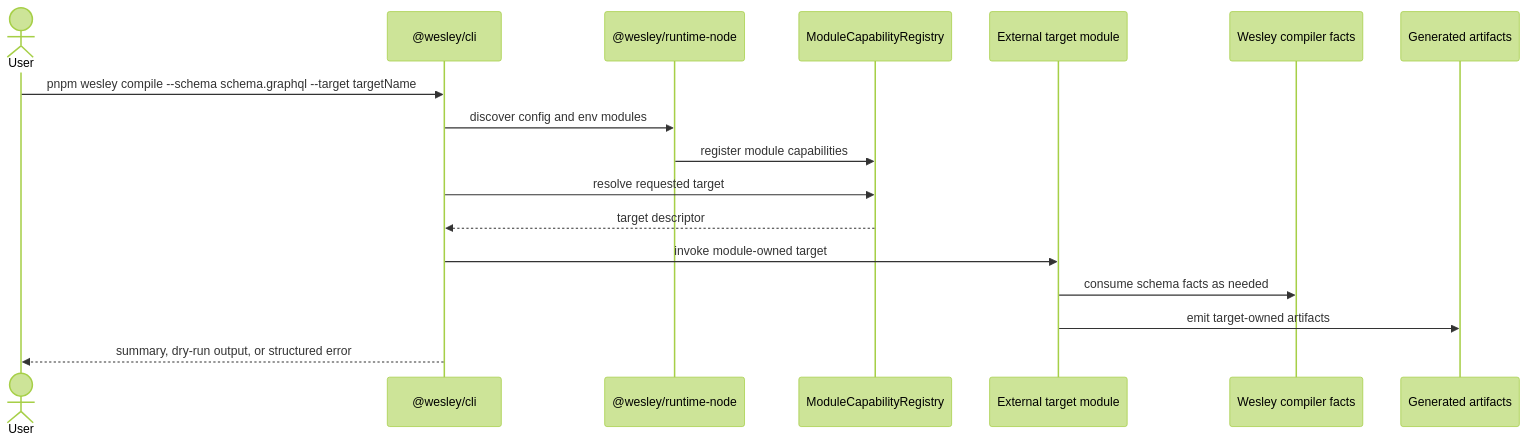
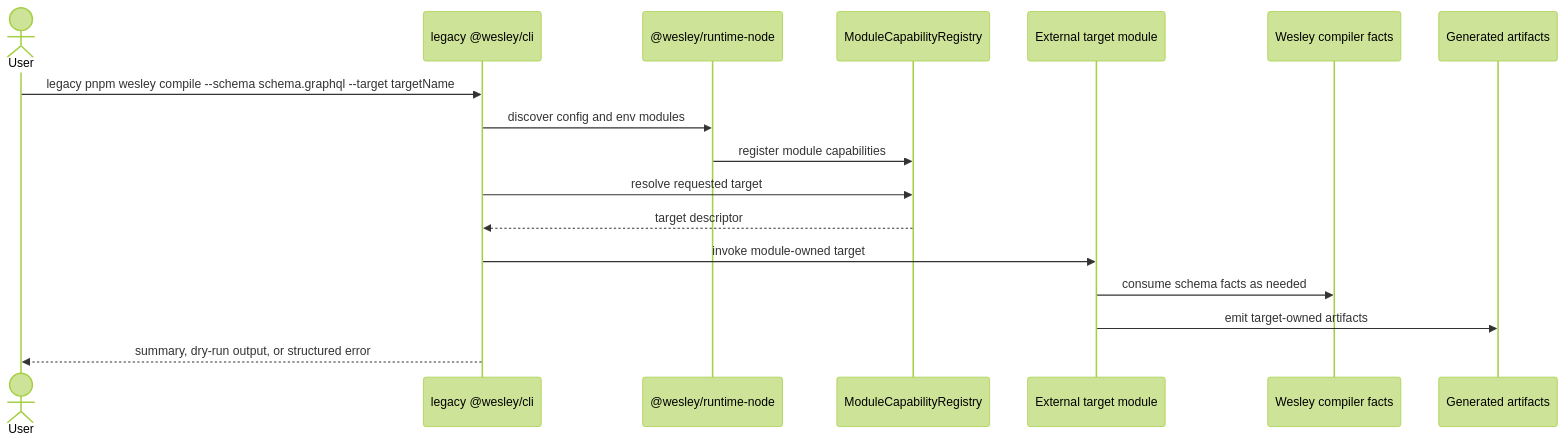
One commit to flyingrobots/wesley changed diagram 14 of 23 in docs/END_TO_END.md. Above: the diagram before and after it, drawn with Mermaid (forest theme). The commit also changed other lines of this file and 19 other files, not shown here.

````diff
--- a/docs/END_TO_END.md
+++ b/docs/END_TO_END.md
@@ -653,20 +654,20 @@
 ```mermaid
 sequenceDiagram
     actor User
-    participant CLI as @wesley/cli
+    participant CLI as legacy @wesley/cli
     participant Loader as @wesley/runtime-node
     participant Registry as ModuleCapabilityRegistry
     participant Module as External target module
     participant Core as Wesley compiler facts
     participant Out as Generated artifacts
 
-    User->>CLI: pnpm wesley compile --schema schema.graphql --target targetName
+    User->>CLI: legacy pnpm wesley compile --schema schema.graphql --target targetName
     CLI->>Loader: discover config and env modules
     Loader->>Registry: register module capabilities
     CLI->>Registry: resolve requested target
     Registry-->>CLI: target descriptor
     CLI->>Module: invoke module-owned target
     Module->>Core: consume schema facts as needed
     Module->>Out: emit target-owned artifacts
     CLI-->>User: summary, dry-run output, or structured error
 ```
````
